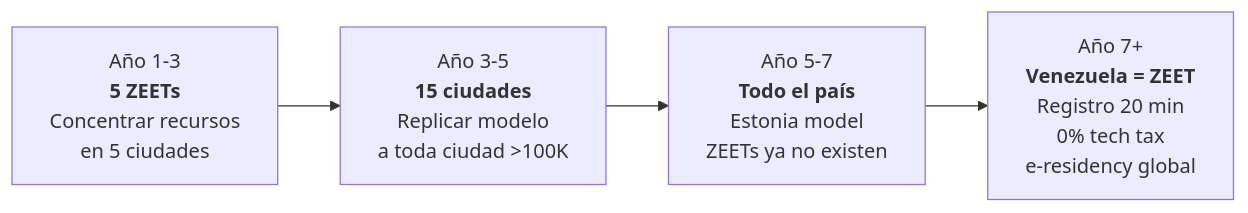
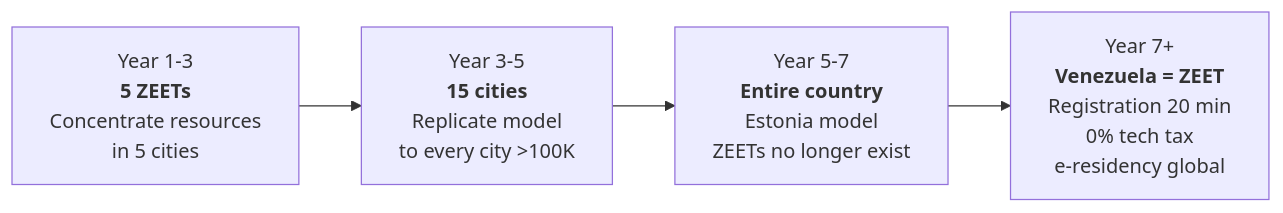
Before and after one commit to Venezuela-S-A/venezuela-sa: the diagram in i18n/en/docusaurus-plugin-content-docs/current/05-transformacion/hubs-tech.md, drawn with Mermaid. The commit also changed 127 other files, not shown here.

````diff
--- a/i18n/en/docusaurus-plugin-content-docs/current/05-transformacion/hubs-tech.md
+++ b/i18n/en/docusaurus-plugin-content-docs/current/05-transformacion/hubs-tech.md
@@ -24,6 +24,6 @@
 ```mermaid
 flowchart LR
-    A["Año 1-3<br/><b>5 ZEETs</b><br/>Concentrar recursos<br/>en 5 ciudades"] --> B["Año 3-5<br/><b>15 ciudades</b><br/>Replicar modelo<br/>a toda ciudad >100K"]
-    B --> C["Año 5-7<br/><b>Todo el país</b><br/>Estonia model<br/>ZEETs ya no existen"]
-    C --> D["Año 7+<br/><b>Venezuela = ZEET</b><br/>Registro 20 min<br/>0% tech tax<br/>e-residency global"]
+    A["Year 1-3<br/><b>5 ZEETs</b><br/>Concentrate resources<br/>in 5 cities"] --> B["Year 3-5<br/><b>15 cities</b><br/>Replicate model<br/>to every city >100K"]
+    B --> C["Year 5-7<br/><b>Entire country</b><br/>Estonia model<br/>ZEETs no longer exist"]
+    C --> D["Year 7+<br/><b>Venezuela = ZEET</b><br/>Registration 20 min<br/>0% tech tax<br/>e-residency global"]
 ```
````
